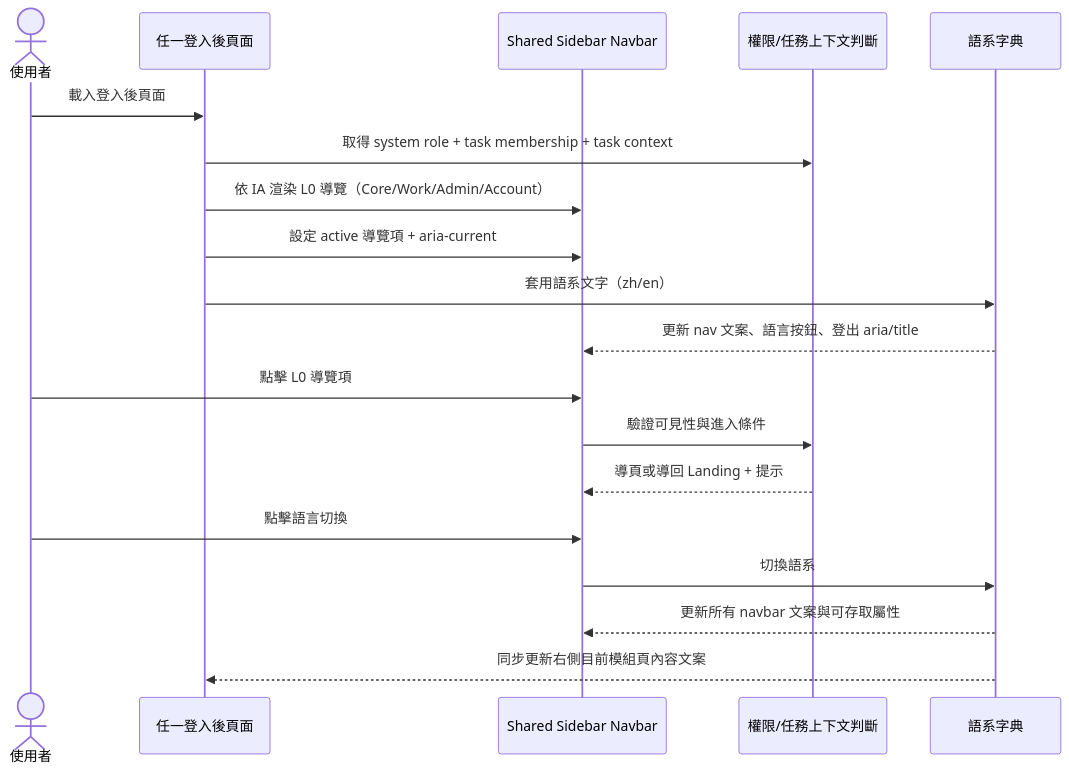
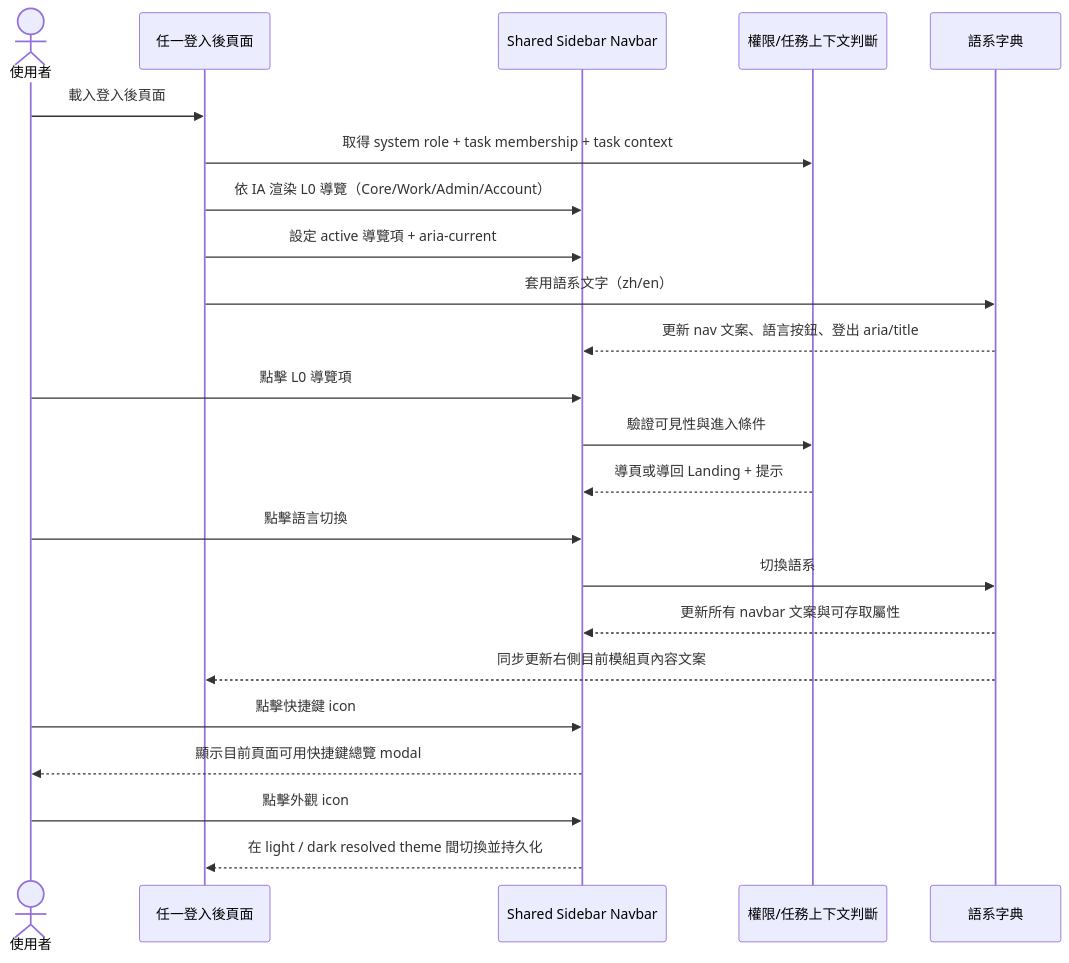
One commit to singyichen/label-suite changed the first of 2 diagrams in specs/shared/008-sidebar-navbar-shared/spec.md. Above: the diagram before and after it, drawn with Mermaid. The commit also changed other lines of this file and 3 other files, not shown here.

````diff
--- a/specs/shared/008-sidebar-navbar-shared/spec.md
+++ b/specs/shared/008-sidebar-navbar-shared/spec.md
@@ -26,24 +28,30 @@
 ```mermaid
 sequenceDiagram
     actor 使用者
     participant 頁面 as 任一登入後頁面
     participant navbar as Shared Sidebar Navbar
     participant authz as 權限/任務上下文判斷
     participant i18n as 語系字典
 
     使用者->>頁面: 載入登入後頁面
     頁面->>authz: 取得 system role + task membership + task context
     頁面->>navbar: 依 IA 渲染 L0 導覽（Core/Work/Admin/Account）
     頁面->>navbar: 設定 active 導覽項 + aria-current
     頁面->>i18n: 套用語系文字（zh/en）
     i18n-->>navbar: 更新 nav 文案、語言按鈕、登出 aria/title
 
     使用者->>navbar: 點擊 L0 導覽項
     navbar->>authz: 驗證可見性與進入條件
     authz-->>navbar: 導頁或導回 Landing + 提示
 
     使用者->>navbar: 點擊語言切換
     navbar->>i18n: 切換語系
     i18n-->>navbar: 更新所有 navbar 文案與可存取屬性
     i18n-->>頁面: 同步更新右側目前模組頁內容文案
+
+    使用者->>navbar: 點擊快捷鍵 icon
+    navbar-->>使用者: 顯示目前頁面可用快捷鍵總覽 modal
+
+    使用者->>navbar: 點擊外觀 icon
+    navbar-->>頁面: 在 light / dark resolved theme 間切換並持久化
 ```
````
